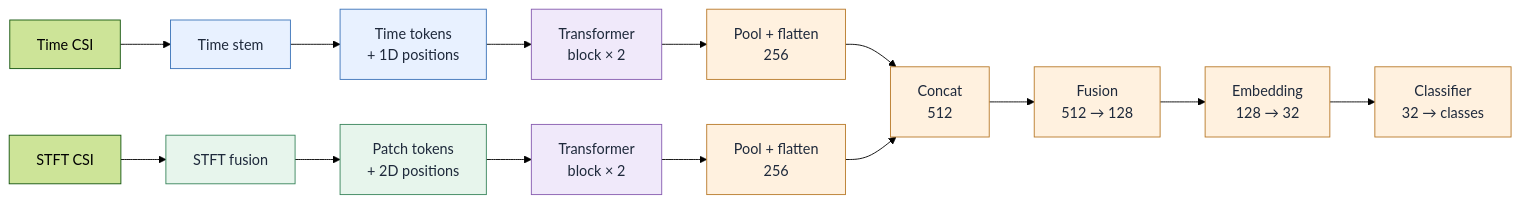
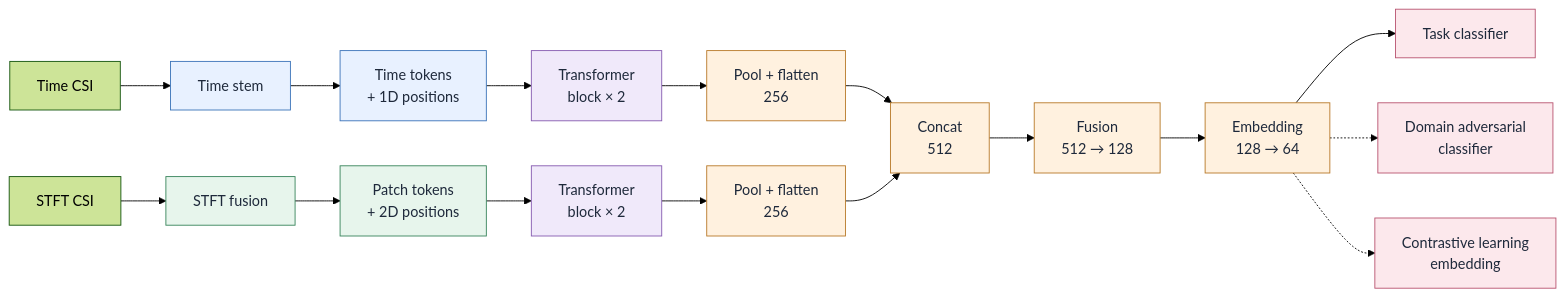
Before and after one commit to kwang0913/WiFiSensing_DomainShift: the first of 6 diagrams in README.md, drawn with Mermaid (forest theme). The commit also changed other lines of this file and 16 other files, not shown here.

````diff
--- a/README.md
+++ b/README.md
@@ -28,25 +28,29 @@
 ```mermaid
 flowchart LR
     T["Time CSI"] --> TS["Time stem"]
     TS --> TT["Time tokens<br/>+ 1D positions"]
     TT --> TA["Transformer<br/>block × 2"]
     TA --> TP["Pool + flatten<br/>256"]
     S["STFT CSI"] --> SS["STFT fusion"]
     SS --> ST["Patch tokens<br/>+ 2D positions"]
     ST --> SA["Transformer<br/>block × 2"]
     SA --> SP["Pool + flatten<br/>256"]
     TP --> C["Concat<br/>512"]
     SP --> C
     C --> F["Fusion<br/>512 → 128"]
-    F --> Z["Embedding<br/>128 → 32"]
-    Z --> H["Classifier<br/>32 → classes"]
+    F --> Z["Embedding<br/>128 → 64"]
+    Z --> H["Task classifier"]
+    Z -.-> DH["Domain adversarial<br/>classifier"]
+    Z -.-> CL["Contrastive learning<br/>embedding"]
 
     classDef time fill:#e8f1ff,stroke:#3b73b9,color:#1e293b
     classDef stft fill:#e7f5ec,stroke:#38845b,color:#1e293b
     classDef attention fill:#f0e9fa,stroke:#865bb0,color:#1e293b
     classDef head fill:#fff1df,stroke:#b87928,color:#1e293b
+    classDef objective fill:#fce8ec,stroke:#b85470,color:#1e293b
     class TS,TT time
     class SS,ST stft
     class TA,SA attention
-    class TP,SP,C,F,Z,H head
+    class TP,SP,C,F,Z head
+    class H,DH,CL objective
 ```
````
